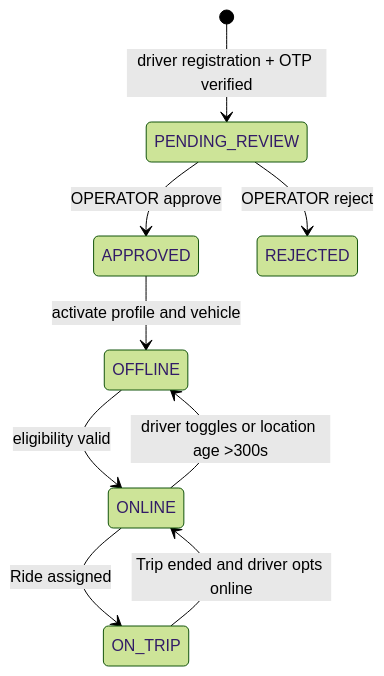
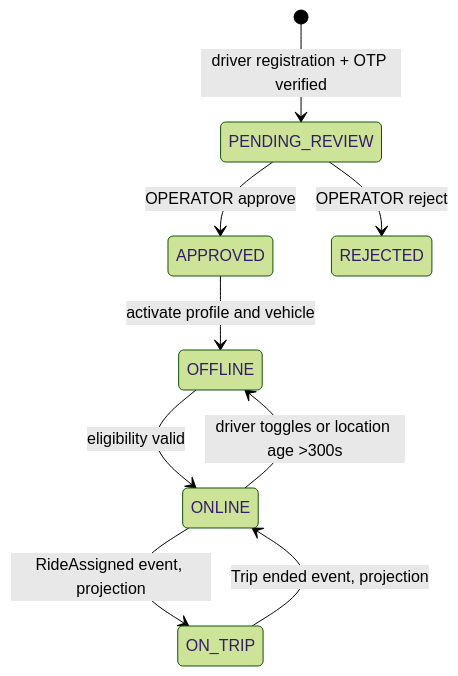
Before and after one commit to HHT777/23659411_HuynhHuuTuan_CABsystem: the fourth of 13 diagrams in microservice.md, drawn with Mermaid (forest theme). The commit also changed other lines of this file and 1 other file, not shown here.

````diff
--- a/microservice.md
+++ b/microservice.md
@@ -467,11 +515,11 @@
 ```mermaid
 stateDiagram-v2
   [*] --> PENDING_REVIEW: driver registration + OTP verified
   PENDING_REVIEW --> APPROVED: OPERATOR approve
   PENDING_REVIEW --> REJECTED: OPERATOR reject
   APPROVED --> OFFLINE: activate profile and vehicle
   OFFLINE --> ONLINE: eligibility valid
-  ONLINE --> ON_TRIP: Ride assigned
-  ON_TRIP --> ONLINE: Trip ended and driver opts online
+  ONLINE --> ON_TRIP: RideAssigned event, projection
+  ON_TRIP --> ONLINE: Trip ended event, projection
   ONLINE --> OFFLINE: driver toggles or location age >300s
 ```
````
